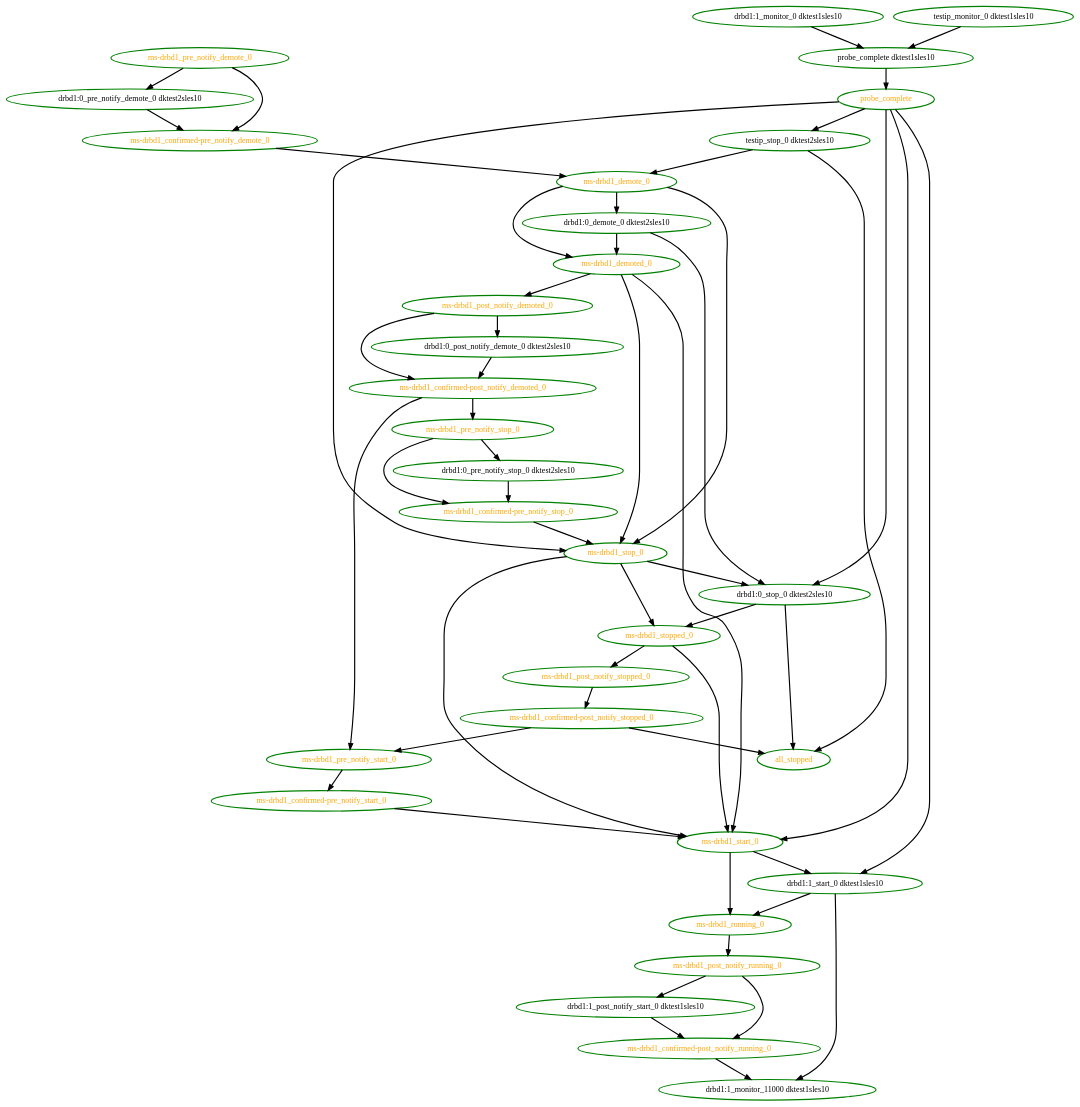
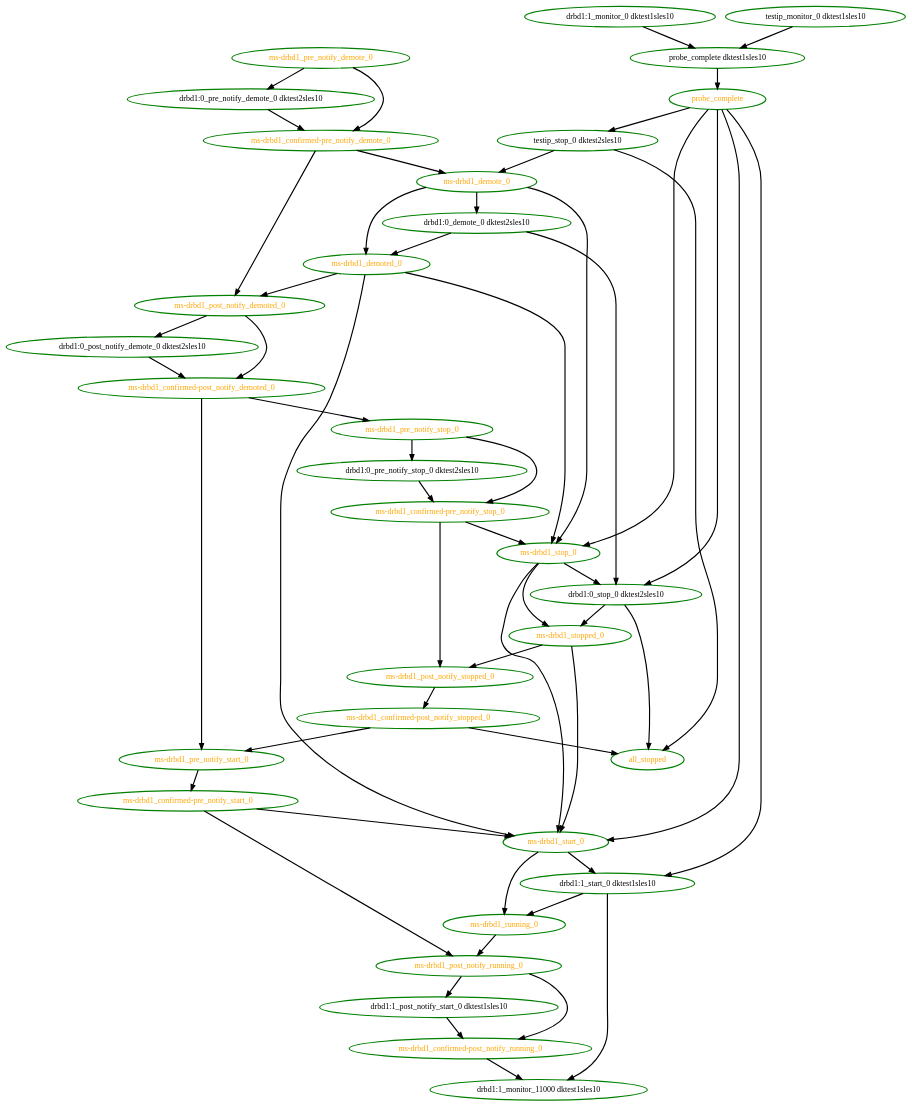
The diagram in pengine/test10/clone-no-shuffle.dot (linux-ha-japan/pm_diskd), drawn with Graphviz before and after one commit. The commit also changed 54 other files, not shown here.

Commit message:
Low: PE: Ensure the relative ordering of pre and post notifications

```diff
--- a/pengine/test10/clone-no-shuffle.dot
+++ b/pengine/test10/clone-no-shuffle.dot
@@ -1,86 +1,89 @@
 digraph "g" {
 "all_stopped" [ style=bold color="green" fontcolor="orange"  ]
 "drbd1:0_demote_0 dktest2sles10" -> "drbd1:0_stop_0 dktest2sles10" [ style = bold]
 "drbd1:0_demote_0 dktest2sles10" -> "ms-drbd1_demoted_0" [ style = bold]
 "drbd1:0_demote_0 dktest2sles10" [ style=bold color="green" fontcolor="black"  ]
 "drbd1:0_post_notify_demote_0 dktest2sles10" -> "ms-drbd1_confirmed-post_notify_demoted_0" [ style = bold]
 "drbd1:0_post_notify_demote_0 dktest2sles10" [ style=bold color="green" fontcolor="black"  ]
 "drbd1:0_pre_notify_demote_0 dktest2sles10" -> "ms-drbd1_confirmed-pre_notify_demote_0" [ style = bold]
 "drbd1:0_pre_notify_demote_0 dktest2sles10" [ style=bold color="green" fontcolor="black"  ]
 "drbd1:0_pre_notify_stop_0 dktest2sles10" -> "ms-drbd1_confirmed-pre_notify_stop_0" [ style = bold]
 "drbd1:0_pre_notify_stop_0 dktest2sles10" [ style=bold color="green" fontcolor="black"  ]
 "drbd1:0_stop_0 dktest2sles10" -> "all_stopped" [ style = bold]
 "drbd1:0_stop_0 dktest2sles10" -> "ms-drbd1_stopped_0" [ style = bold]
 "drbd1:0_stop_0 dktest2sles10" [ style=bold color="green" fontcolor="black"  ]
 "drbd1:1_monitor_0 dktest1sles10" -> "probe_complete dktest1sles10" [ style = bold]
 "drbd1:1_monitor_0 dktest1sles10" [ style=bold color="green" fontcolor="black"  ]
 "drbd1:1_monitor_11000 dktest1sles10" [ style=bold color="green" fontcolor="black"  ]
 "drbd1:1_post_notify_start_0 dktest1sles10" -> "ms-drbd1_confirmed-post_notify_running_0" [ style = bold]
 "drbd1:1_post_notify_start_0 dktest1sles10" [ style=bold color="green" fontcolor="black"  ]
 "drbd1:1_start_0 dktest1sles10" -> "drbd1:1_monitor_11000 dktest1sles10" [ style = bold]
 "drbd1:1_start_0 dktest1sles10" -> "ms-drbd1_running_0" [ style = bold]
 "drbd1:1_start_0 dktest1sles10" [ style=bold color="green" fontcolor="black"  ]
 "ms-drbd1_confirmed-post_notify_demoted_0" -> "ms-drbd1_pre_notify_start_0" [ style = bold]
 "ms-drbd1_confirmed-post_notify_demoted_0" -> "ms-drbd1_pre_notify_stop_0" [ style = bold]
 "ms-drbd1_confirmed-post_notify_demoted_0" [ style=bold color="green" fontcolor="orange"  ]
 "ms-drbd1_confirmed-post_notify_running_0" -> "drbd1:1_monitor_11000 dktest1sles10" [ style = bold]
 "ms-drbd1_confirmed-post_notify_running_0" [ style=bold color="green" fontcolor="orange"  ]
 "ms-drbd1_confirmed-post_notify_stopped_0" -> "all_stopped" [ style = bold]
 "ms-drbd1_confirmed-post_notify_stopped_0" -> "ms-drbd1_pre_notify_start_0" [ style = bold]
 "ms-drbd1_confirmed-post_notify_stopped_0" [ style=bold color="green" fontcolor="orange"  ]
 "ms-drbd1_confirmed-pre_notify_demote_0" -> "ms-drbd1_demote_0" [ style = bold]
+"ms-drbd1_confirmed-pre_notify_demote_0" -> "ms-drbd1_post_notify_demoted_0" [ style = bold]
 "ms-drbd1_confirmed-pre_notify_demote_0" [ style=bold color="green" fontcolor="orange"  ]
+"ms-drbd1_confirmed-pre_notify_start_0" -> "ms-drbd1_post_notify_running_0" [ style = bold]
 "ms-drbd1_confirmed-pre_notify_start_0" -> "ms-drbd1_start_0" [ style = bold]
 "ms-drbd1_confirmed-pre_notify_start_0" [ style=bold color="green" fontcolor="orange"  ]
+"ms-drbd1_confirmed-pre_notify_stop_0" -> "ms-drbd1_post_notify_stopped_0" [ style = bold]
 "ms-drbd1_confirmed-pre_notify_stop_0" -> "ms-drbd1_stop_0" [ style = bold]
 "ms-drbd1_confirmed-pre_notify_stop_0" [ style=bold color="green" fontcolor="orange"  ]
 "ms-drbd1_demote_0" -> "drbd1:0_demote_0 dktest2sles10" [ style = bold]
 "ms-drbd1_demote_0" -> "ms-drbd1_demoted_0" [ style = bold]
 "ms-drbd1_demote_0" -> "ms-drbd1_stop_0" [ style = bold]
 "ms-drbd1_demote_0" [ style=bold color="green" fontcolor="orange"  ]
 "ms-drbd1_demoted_0" -> "ms-drbd1_post_notify_demoted_0" [ style = bold]
 "ms-drbd1_demoted_0" -> "ms-drbd1_start_0" [ style = bold]
 "ms-drbd1_demoted_0" -> "ms-drbd1_stop_0" [ style = bold]
 "ms-drbd1_demoted_0" [ style=bold color="green" fontcolor="orange"  ]
 "ms-drbd1_post_notify_demoted_0" -> "drbd1:0_post_notify_demote_0 dktest2sles10" [ style = bold]
 "ms-drbd1_post_notify_demoted_0" -> "ms-drbd1_confirmed-post_notify_demoted_0" [ style = bold]
 "ms-drbd1_post_notify_demoted_0" [ style=bold color="green" fontcolor="orange"  ]
 "ms-drbd1_post_notify_running_0" -> "drbd1:1_post_notify_start_0 dktest1sles10" [ style = bold]
 "ms-drbd1_post_notify_running_0" -> "ms-drbd1_confirmed-post_notify_running_0" [ style = bold]
 "ms-drbd1_post_notify_running_0" [ style=bold color="green" fontcolor="orange"  ]
 "ms-drbd1_post_notify_stopped_0" -> "ms-drbd1_confirmed-post_notify_stopped_0" [ style = bold]
 "ms-drbd1_post_notify_stopped_0" [ style=bold color="green" fontcolor="orange"  ]
 "ms-drbd1_pre_notify_demote_0" -> "drbd1:0_pre_notify_demote_0 dktest2sles10" [ style = bold]
 "ms-drbd1_pre_notify_demote_0" -> "ms-drbd1_confirmed-pre_notify_demote_0" [ style = bold]
 "ms-drbd1_pre_notify_demote_0" [ style=bold color="green" fontcolor="orange"  ]
 "ms-drbd1_pre_notify_start_0" -> "ms-drbd1_confirmed-pre_notify_start_0" [ style = bold]
 "ms-drbd1_pre_notify_start_0" [ style=bold color="green" fontcolor="orange"  ]
 "ms-drbd1_pre_notify_stop_0" -> "drbd1:0_pre_notify_stop_0 dktest2sles10" [ style = bold]
 "ms-drbd1_pre_notify_stop_0" -> "ms-drbd1_confirmed-pre_notify_stop_0" [ style = bold]
 "ms-drbd1_pre_notify_stop_0" [ style=bold color="green" fontcolor="orange"  ]
 "ms-drbd1_running_0" -> "ms-drbd1_post_notify_running_0" [ style = bold]
 "ms-drbd1_running_0" [ style=bold color="green" fontcolor="orange"  ]
 "ms-drbd1_start_0" -> "drbd1:1_start_0 dktest1sles10" [ style = bold]
 "ms-drbd1_start_0" -> "ms-drbd1_running_0" [ style = bold]
 "ms-drbd1_start_0" [ style=bold color="green" fontcolor="orange"  ]
 "ms-drbd1_stop_0" -> "drbd1:0_stop_0 dktest2sles10" [ style = bold]
 "ms-drbd1_stop_0" -> "ms-drbd1_start_0" [ style = bold]
 "ms-drbd1_stop_0" -> "ms-drbd1_stopped_0" [ style = bold]
 "ms-drbd1_stop_0" [ style=bold color="green" fontcolor="orange"  ]
 "ms-drbd1_stopped_0" -> "ms-drbd1_post_notify_stopped_0" [ style = bold]
 "ms-drbd1_stopped_0" -> "ms-drbd1_start_0" [ style = bold]
 "ms-drbd1_stopped_0" [ style=bold color="green" fontcolor="orange"  ]
 "probe_complete dktest1sles10" -> "probe_complete" [ style = bold]
 "probe_complete dktest1sles10" [ style=bold color="green" fontcolor="black"  ]
 "probe_complete" -> "drbd1:0_stop_0 dktest2sles10" [ style = bold]
 "probe_complete" -> "drbd1:1_start_0 dktest1sles10" [ style = bold]
 "probe_complete" -> "ms-drbd1_start_0" [ style = bold]
 "probe_complete" -> "ms-drbd1_stop_0" [ style = bold]
 "probe_complete" -> "testip_stop_0 dktest2sles10" [ style = bold]
 "probe_complete" [ style=bold color="green" fontcolor="orange"  ]
 "testip_monitor_0 dktest1sles10" -> "probe_complete dktest1sles10" [ style = bold]
 "testip_monitor_0 dktest1sles10" [ style=bold color="green" fontcolor="black"  ]
 "testip_stop_0 dktest2sles10" -> "all_stopped" [ style = bold]
 "testip_stop_0 dktest2sles10" -> "ms-drbd1_demote_0" [ style = bold]
 "testip_stop_0 dktest2sles10" [ style=bold color="green" fontcolor="black"  ]
 }
```
